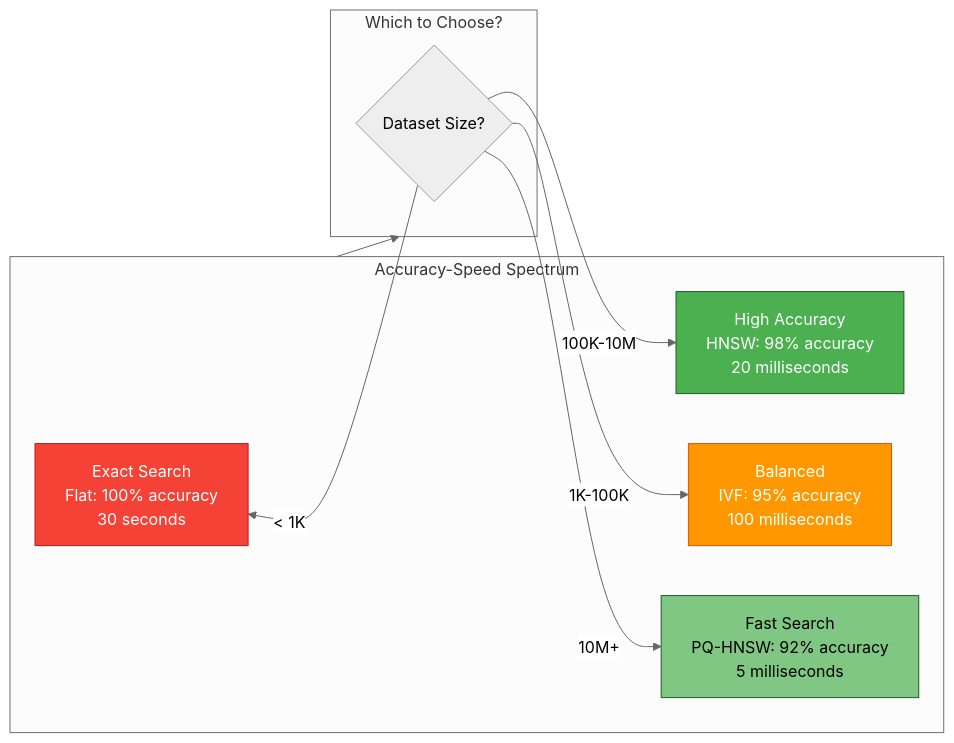
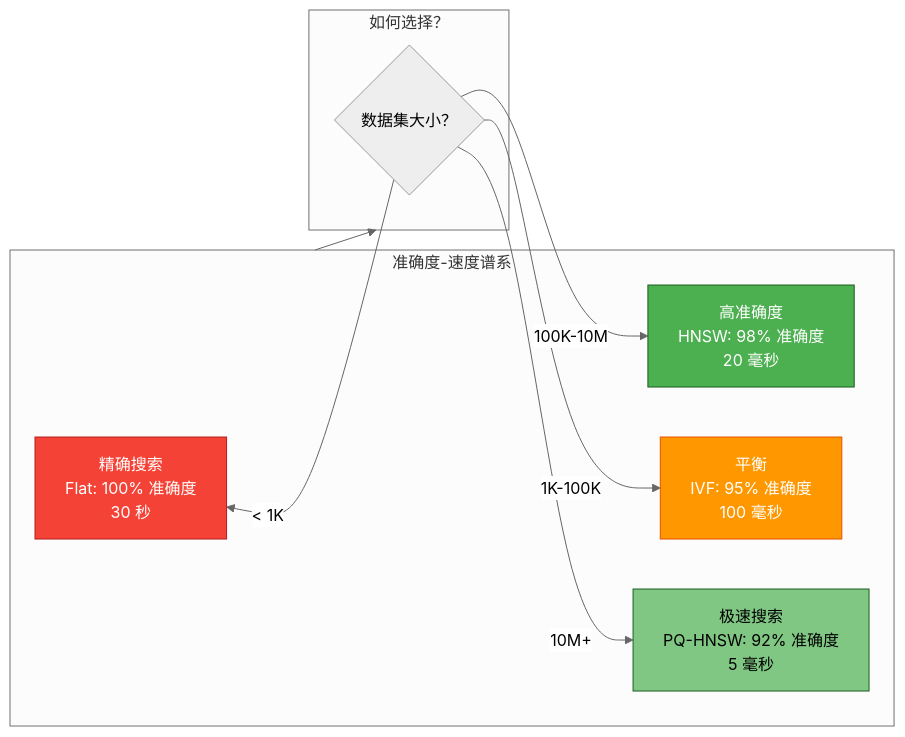
One commit to YiWang24/AiDIY changed the third of 14 diagrams in i18n/zh-Hans/docusaurus-plugin-content-docs/current/ai/rag/03-index.mdx. Above: the diagram before and after it, drawn with Mermaid (neutral theme). The commit also changed other lines of this file and 59 other files, not shown here.

````diff
--- a/i18n/zh-Hans/docusaurus-plugin-content-docs/current/ai/rag/03-index.mdx
+++ b/i18n/zh-Hans/docusaurus-plugin-content-docs/current/ai/rag/03-index.mdx
@@ -132,24 +132,24 @@
 ```mermaid
 flowchart LR
-    subgraph Spectrum["Accuracy-Speed Spectrum"]
-        Exact["Exact Search<br/>Flat: 100% accuracy<br/>30 seconds"]
-        High["High Accuracy<br/>HNSW: 98% accuracy<br/>20 milliseconds"]
-        Balanced["Balanced<br/>IVF: 95% accuracy<br/>100 milliseconds"]
-        Fast["Fast Search<br/>PQ-HNSW: 92% accuracy<br/>5 milliseconds"]
+    subgraph Spectrum["准确度-速度谱系"]
+        Exact["精确搜索<br/>Flat: 100% 准确度<br/>30 秒"]
+        High["高准确度<br/>HNSW: 98% 准确度<br/>20 毫秒"]
+        Balanced["平衡<br/>IVF: 95% 准确度<br/>100 毫秒"]
+        Fast["极速搜索<br/>PQ-HNSW: 92% 准确度<br/>5 毫秒"]
     end
 
-    subgraph Decision["Which to Choose?"]
-        Q1{Dataset Size?}
+    subgraph Decision["如何选择？"]
+        Q1{数据集大小？}
         Q1 -->|< 1K| Exact
         Q1 -->|1K-100K| Balanced
         Q1 -->|100K-10M| High
         Q1 -->|10M+| Fast
     end
 
     Spectrum --> Decision
 
     style Exact fill:#f44336,stroke:#b71c1c,color:#fff
     style High fill:#4caf50,stroke:#1b5e20,color:#fff
     style Balanced fill:#ff9800,stroke:#e65100,color:#fff
     style Fast fill:#81c784,stroke:#1b5e20,color:#000
 ```
````
